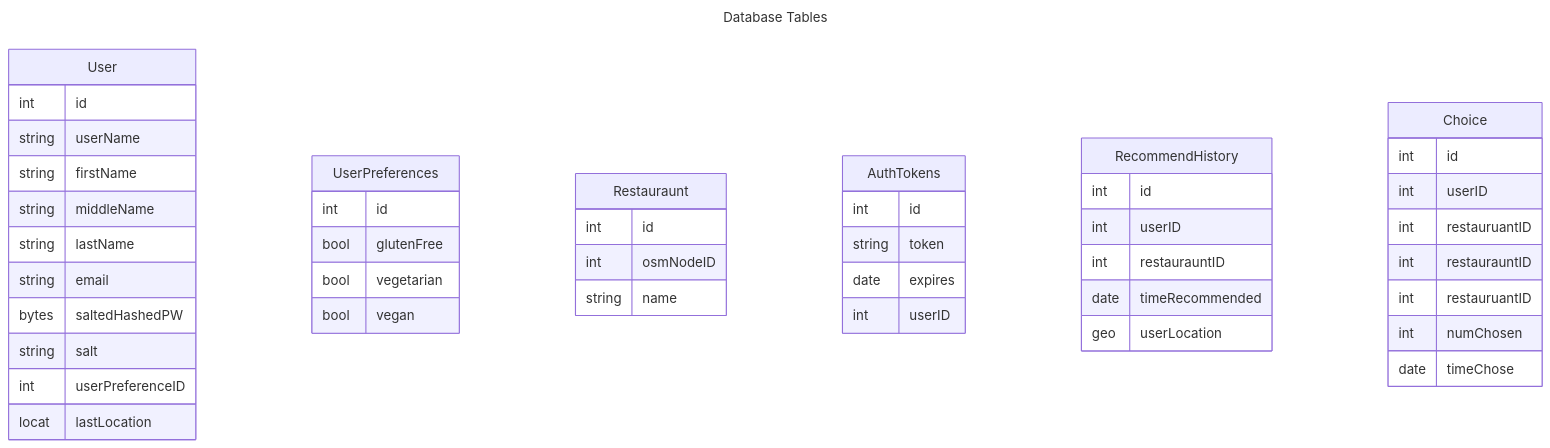
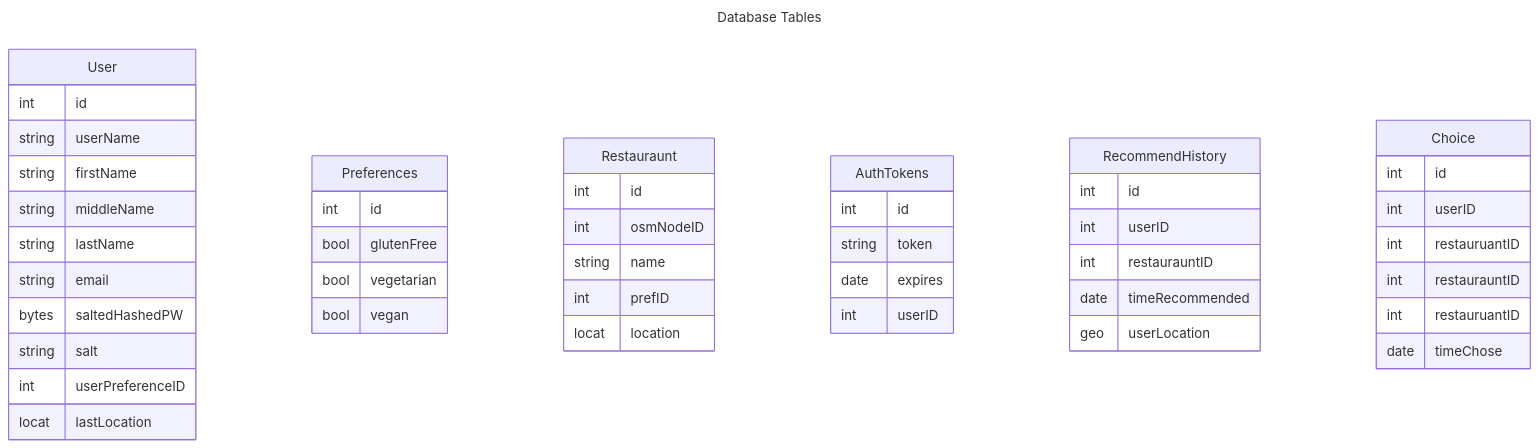
One commit to H6NG/FlavourFinder changed the diagram in backend/dbDocs/db_tables.md. Above: the diagram before and after it, drawn with Mermaid.

Commit message:
removed some unnecessary fields

````diff
--- a/backend/dbDocs/db_tables.md
+++ b/backend/dbDocs/db_tables.md
@@ -6,51 +6,52 @@
 ```mermaid
 ---
 title: Database Tables
 ---
 erDiagram
     User {
     	int		id
         string	userName
 		string 	firstName
 		string	middleName
 		string	lastName
         string	email
         bytes	saltedHashedPW
         string  salt
 		int		userPreferenceID
 		locat	lastLocation
     }
-	UserPreferences {
-		int id
+	Preferences {
+		int 	id
 		bool	glutenFree
         bool	vegetarian
         bool	vegan
 	}
 	Restauraunt {
     	int 	id
 		int		osmNodeID
         string	name
+		int		prefID
+		locat	location
     }
     AuthTokens {
     	int		id
         string	token
         date	expires
         int		userID
     }
 	RecommendHistory {
     	int		id
         int		userID
         int		restaurauntID
         date	timeRecommended
         geo		userLocation
     }
     Choice {
         int 	id
         int		userID
         int		restauruantID
         int		restaurauntID
         int		restauruantID
-        int		numChosen
         date	timeChose
     }
 ```
````
